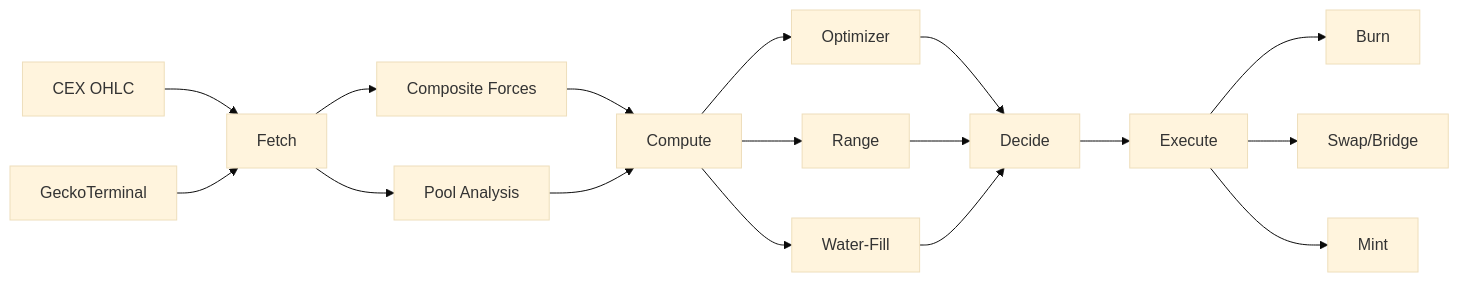
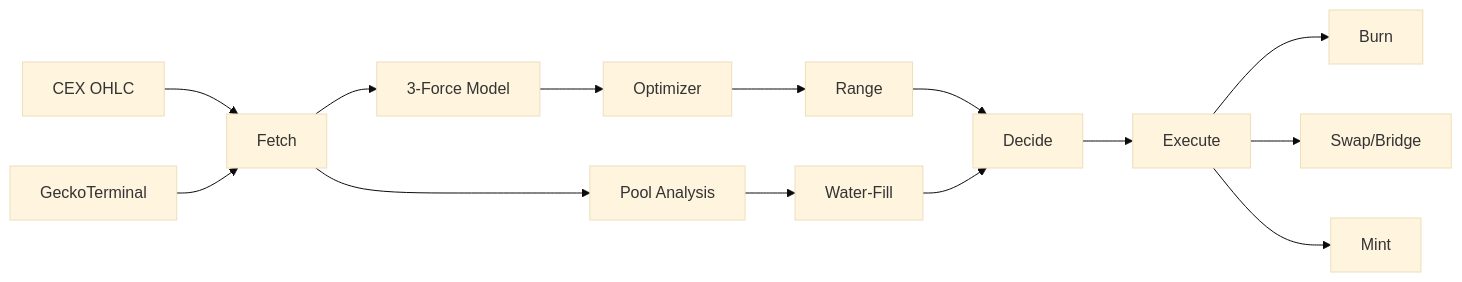
Before and after one commit to btr-supply/light-alm: the second of 2 diagrams in docs/architecture.md, drawn with Mermaid (base theme). The commit also changed other lines of this file and 5 other files, not shown here.

First line of the commit message:
docs: update architecture diagram, remove redundant overview

````diff
--- a/docs/architecture.md
+++ b/docs/architecture.md
@@ -26,19 +41,16 @@
 ```mermaid
 graph LR
     CEX[CEX OHLC] --> F[Fetch]
     Gecko[GeckoTerminal] --> F
-    F --> Forces[Composite Forces]
+    F --> Forces[3-Force Model]
     F --> PA[Pool Analysis]
-    Forces --> C[Compute]
-    PA --> C
-    C --> Opt[Optimizer]
-    C --> Range[Range]
-    C --> WF[Water-Fill]
-    Opt --> D[Decide]
-    Range --> D
+    Forces --> Opt[Optimizer]
+    PA --> WF[Water-Fill]
+    Opt --> Range[Range]
+    Range --> D[Decide]
     WF --> D
     D --> E[Execute]
     E --> Burn
     E --> Swap/Bridge
     E --> Mint
 ```
````
